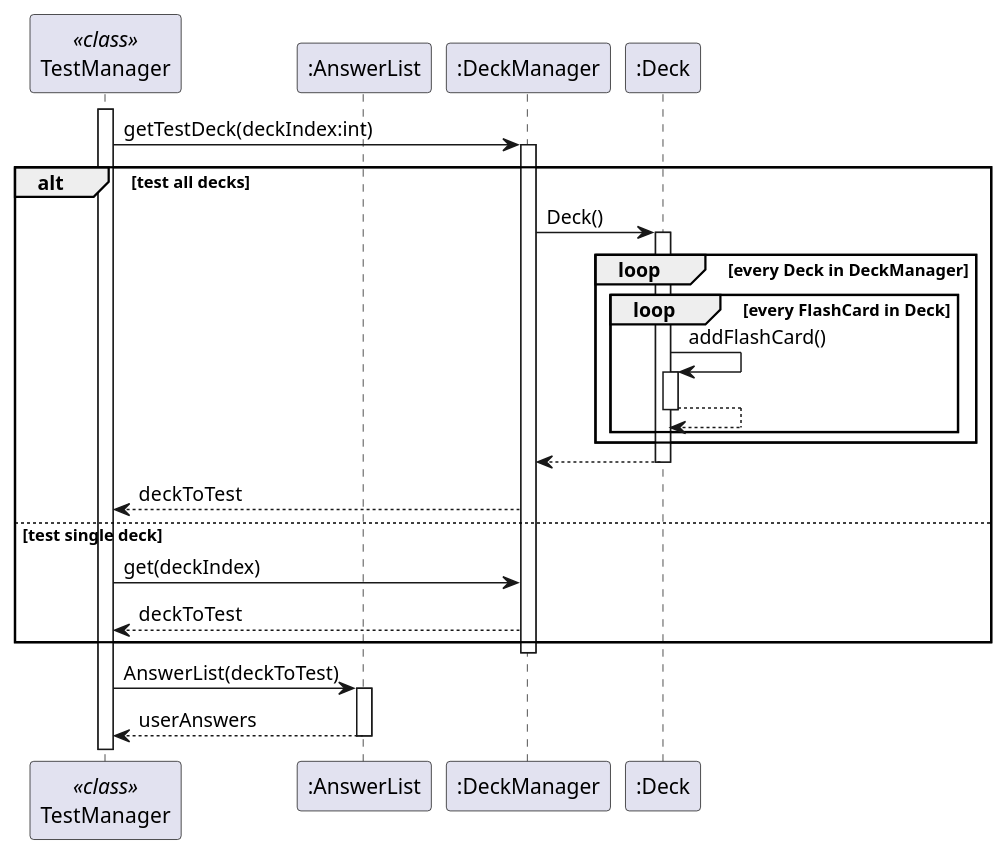
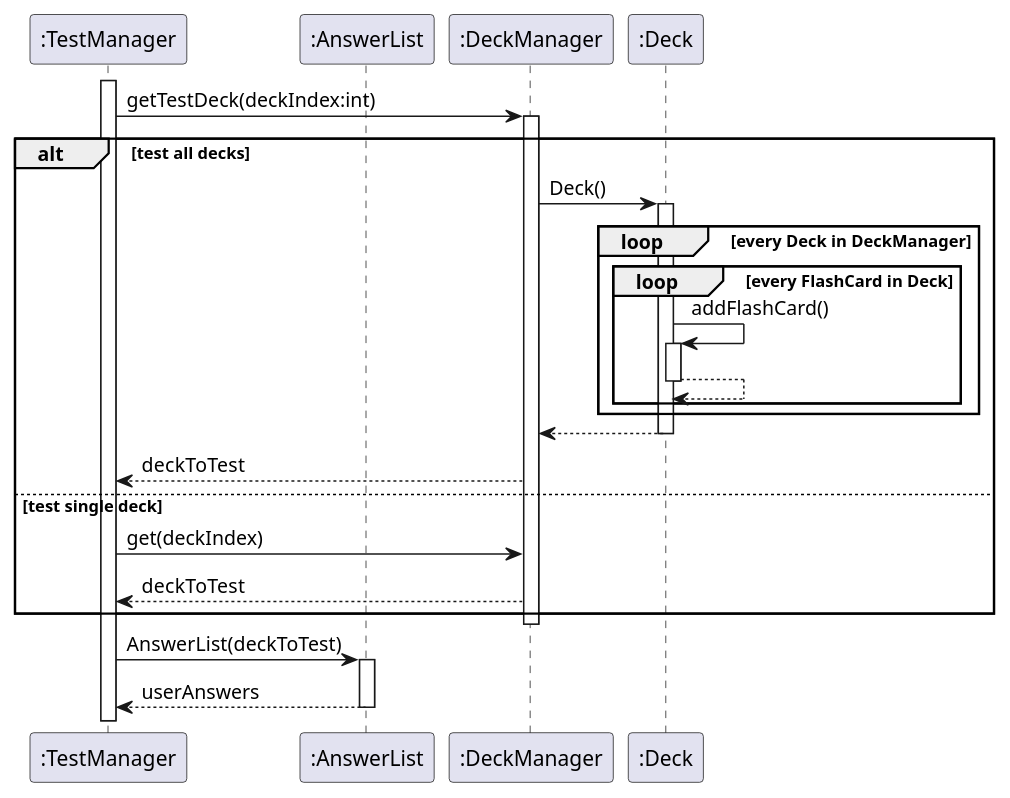
The diagram in docs/uml/getTestDeckSequenceDiagram.puml (xkisxk/tp), drawn with PlantUML before and after one commit. The commit also changed 12 other files, not shown here.

Commit message:
Updated dg and uml diagrams

```diff
--- a/docs/uml/getTestDeckSequenceDiagram.puml
+++ b/docs/uml/getTestDeckSequenceDiagram.puml
@@ -1,41 +1,41 @@
 @startuml
-participant "TestManager" as TestManager << class >>
+participant ":TestManager" as TestManager
 participant ":AnswerList" as AnswerList
 participant ":DeckManager" as DeckManager
 participant ":Deck" as Deck
 
 activate TestManager
 
 TestManager -> DeckManager : getTestDeck(deckIndex:int)
 activate DeckManager
 
 alt test all decks
 DeckManager -> Deck : Deck()
 activate Deck
 loop every Deck in DeckManager
 loop every FlashCard in Deck
 
 Deck -> Deck : addFlashCard()
 activate Deck
 Deck --> Deck
 deactivate Deck
 
 end
 end
 Deck --> DeckManager
 deactivate Deck
 DeckManager --> TestManager : deckToTest
 
 else test single deck
 TestManager -> DeckManager : get(deckIndex)
 DeckManager --> TestManager : deckToTest
 end
 deactivate DeckManager
 
 TestManager -> AnswerList : AnswerList(deckToTest)
 activate AnswerList
 
 TestManager <-- AnswerList : userAnswers
 deactivate AnswerList
 
 @enduml
```
